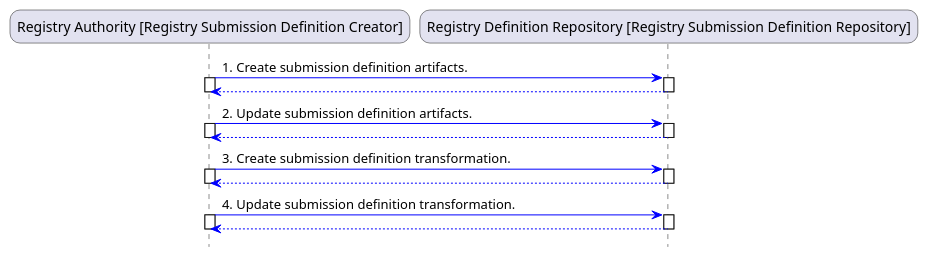
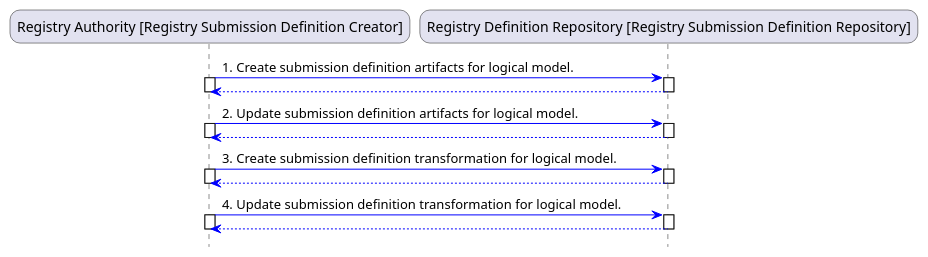
The diagram in input/images-source/usecase-DefineSubmission-processflow.plantuml (HL7/fhir-registry-protocols-ig), drawn with PlantUML before and after one commit. The commit also changed 3 other files, not shown here.

```diff
--- a/input/images-source/usecase-DefineSubmission-processflow.plantuml
+++ b/input/images-source/usecase-DefineSubmission-processflow.plantuml
@@ -1,48 +1,48 @@
 @startuml
 skinparam usecase {
 backgroundColor DeepSkyBlue
 BorderColor DarkSlateGray
 ArrowColor Blue
 }
 
 skinparam Note {
 BackgroundColor LightBlue
 BorderColor Blue
 }
 
 skinparam roundcorner 20
 
 skinparam Component {
 FontName Arial
 Style awesome
 BorderColor DeepSkyBlue
 BackgroundColor LightBlue
 }
 hide footbox
 participant "Registry Authority [Registry Submission Definition Creator]" as RSDC
 participant "Registry Definition Repository [Registry Submission Definition Repository]" as RSDR
-"RSDC" -> "RSDR" : 1. Create submission definition artifacts.
+"RSDC" -> "RSDR" : 1. Create submission definition artifacts for logical model.
 activate "RSDC"
 activate "RSDR"
 return
 deactivate "RSDC"
 deactivate "RSDR"
-"RSDC" -> "RSDR" : 2. Update submission definition artifacts.
+"RSDC" -> "RSDR" : 2. Update submission definition artifacts for logical model.
 activate "RSDC"
 activate "RSDR"
 return
 deactivate "RSDC"
 deactivate "RSDR"
-"RSDC" -> "RSDR" : 3. Create submission definition transformation.
+"RSDC" -> "RSDR" : 3. Create submission definition transformation for logical model.
 activate "RSDC"
 activate "RSDR"
 return
 deactivate "RSDC"
 deactivate "RSDR"
-"RSDC" -> "RSDR" : 4. Update submission definition transformation.
+"RSDC" -> "RSDR" : 4. Update submission definition transformation for logical model.
 activate "RSDC"
 activate "RSDR"
 return
 deactivate "RSDC"
 deactivate "RSDR"
 @enduml
```
